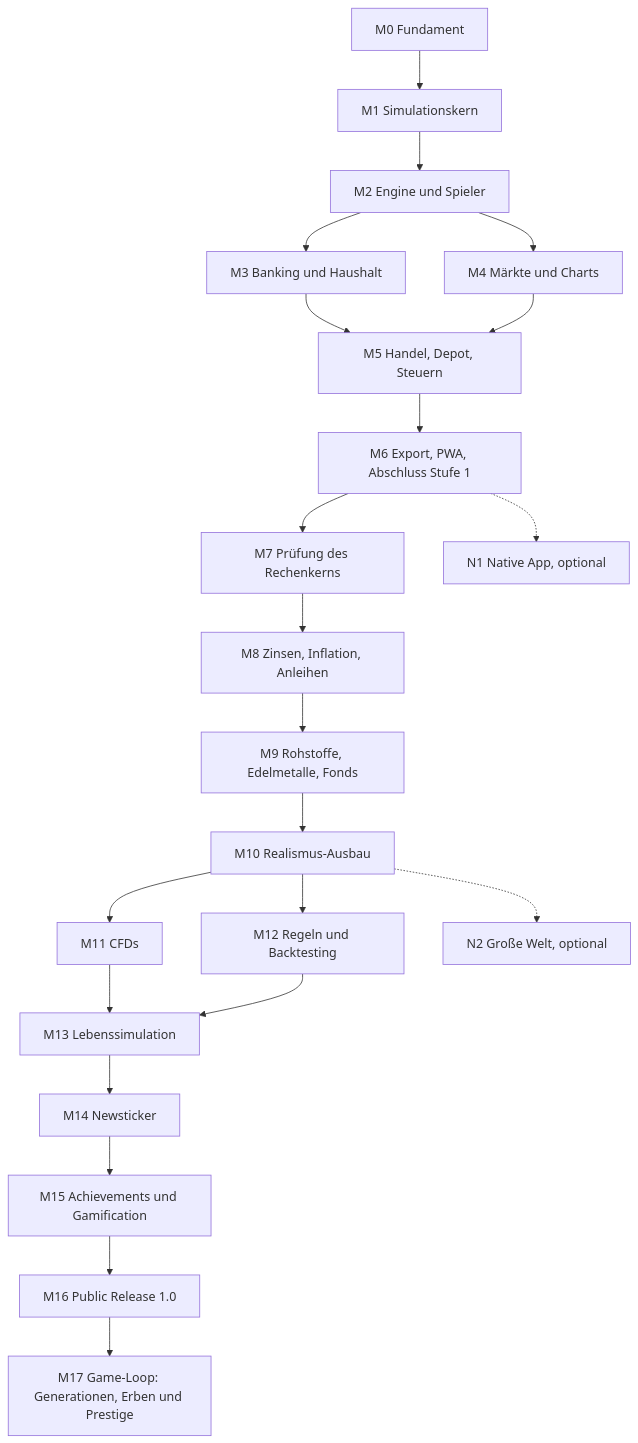
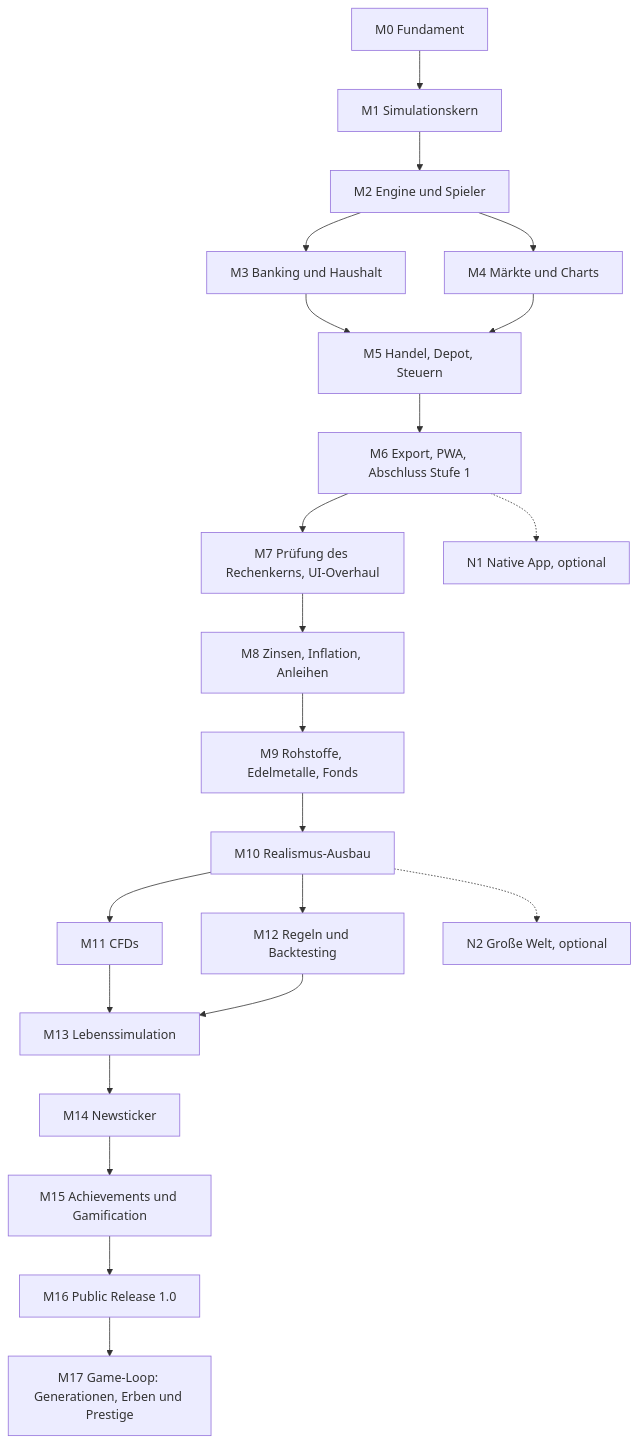
One commit to algoristic/PortfoliGo changed the first of 2 diagrams in docs/projektplan.md. Above: the diagram before and after it, drawn with Mermaid. The commit also changed other lines of this file and 2 other files, not shown here.

First line of the commit message:
docs(plan): run the M7 reviews twice and add a UI overhaul to M7

````diff
--- a/docs/projektplan.md
+++ b/docs/projektplan.md
@@ -22,24 +22,24 @@
 ```mermaid
 flowchart TD
   M0[M0 Fundament] --> M1[M1 Simulationskern]
   M1 --> M2[M2 Engine und Spieler]
   M2 --> M3[M3 Banking und Haushalt]
   M2 --> M4[M4 Märkte und Charts]
   M3 --> M5[M5 Handel, Depot, Steuern]
   M4 --> M5
   M5 --> M6[M6 Export, PWA, Abschluss Stufe 1]
-  M6 --> M7[M7 Prüfung des Rechenkerns]
+  M6 --> M7[M7 Prüfung des Rechenkerns, UI-Overhaul]
   M7 --> M8[M8 Zinsen, Inflation, Anleihen]
   M8 --> M9[M9 Rohstoffe, Edelmetalle, Fonds]
   M9 --> M10[M10 Realismus-Ausbau]
   M10 --> M11[M11 CFDs]
   M10 --> M12[M12 Regeln und Backtesting]
   M11 --> M13[M13 Lebenssimulation]
   M12 --> M13
   M13 --> M14[M14 Newsticker]
   M14 --> M15[M15 Achievements und Gamification]
   M15 --> M16[M16 Public Release 1.0]
   M16 --> M17[M17 Game-Loop: Generationen, Erben und Prestige]
   M6 -.-> N1[N1 Native App, optional]
   M10 -.-> N2[N2 Große Welt, optional]
 ```
````
